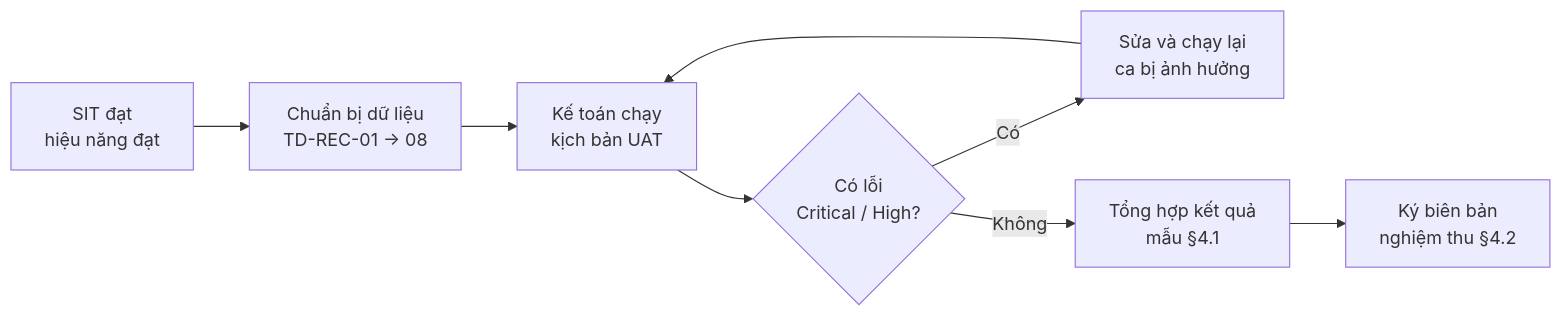
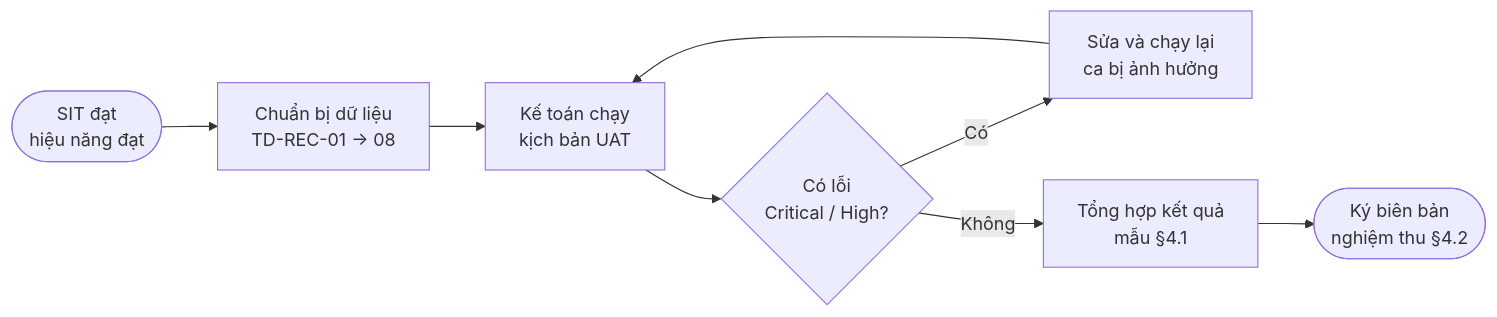
Before and after one commit to handao2303/aegis-ekyc-ui: the second of 2 diagrams in docs/02-reconciliation/R07-sit-perf-uat.md, drawn with Mermaid. The commit also changed 54 other files, not shown here.

Commit message:
Full doc review: acceptance criteria for REQ-LIM-01..26, REQ-REC-21..24; header metadata (status, standard, version) completed on 24 docs; C03, Q01 approval; A03 API numbering note; start/end terminals on 10 process flowcharts; diagrams re-rendered

````diff
--- a/docs/02-reconciliation/R07-sit-perf-uat.md
+++ b/docs/02-reconciliation/R07-sit-perf-uat.md
@@ -110,10 +110,10 @@
 ```mermaid
 flowchart LR
-    A["SIT đạt<br/>hiệu năng đạt"] --> B["Chuẩn bị dữ liệu<br/>TD-REC-01 → 08"]
+    A(["SIT đạt<br/>hiệu năng đạt"]) --> B["Chuẩn bị dữ liệu<br/>TD-REC-01 → 08"]
     B --> C["Kế toán chạy<br/>kịch bản UAT"]
     C --> D{"Có lỗi<br/>Critical / High?"}
     D -- "Có" --> E["Sửa và chạy lại<br/>ca bị ảnh hưởng"]
     E --> C
     D -- "Không" --> F["Tổng hợp kết quả<br/>mẫu §4.1"]
-    F --> G["Ký biên bản<br/>nghiệm thu §4.2"]
+    F --> G(["Ký biên bản<br/>nghiệm thu §4.2"])
 ```
````
